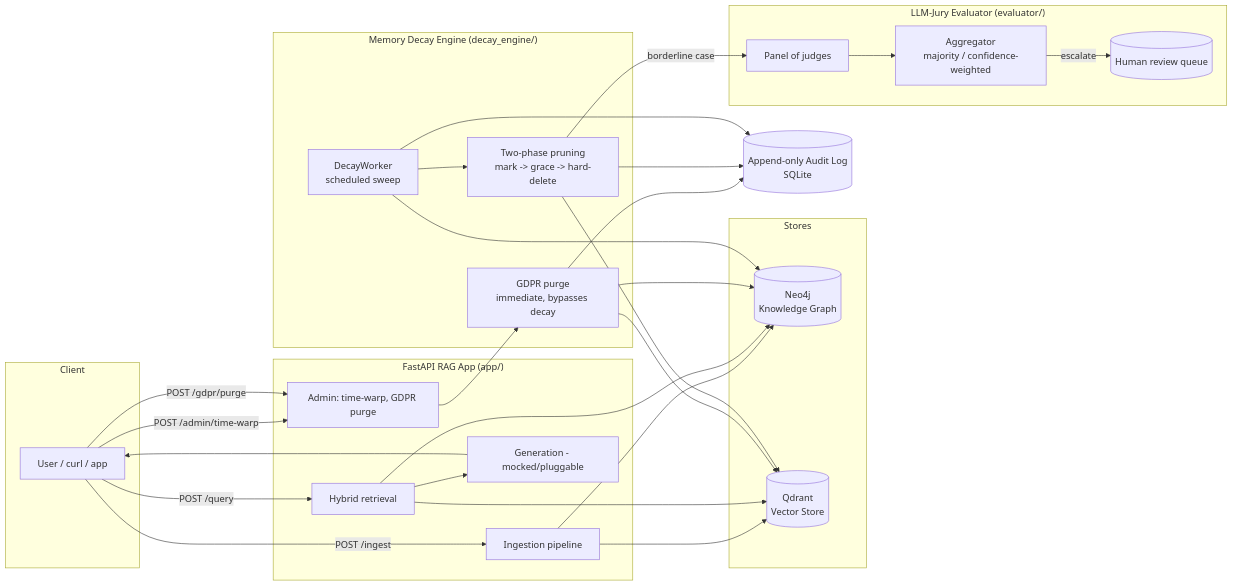
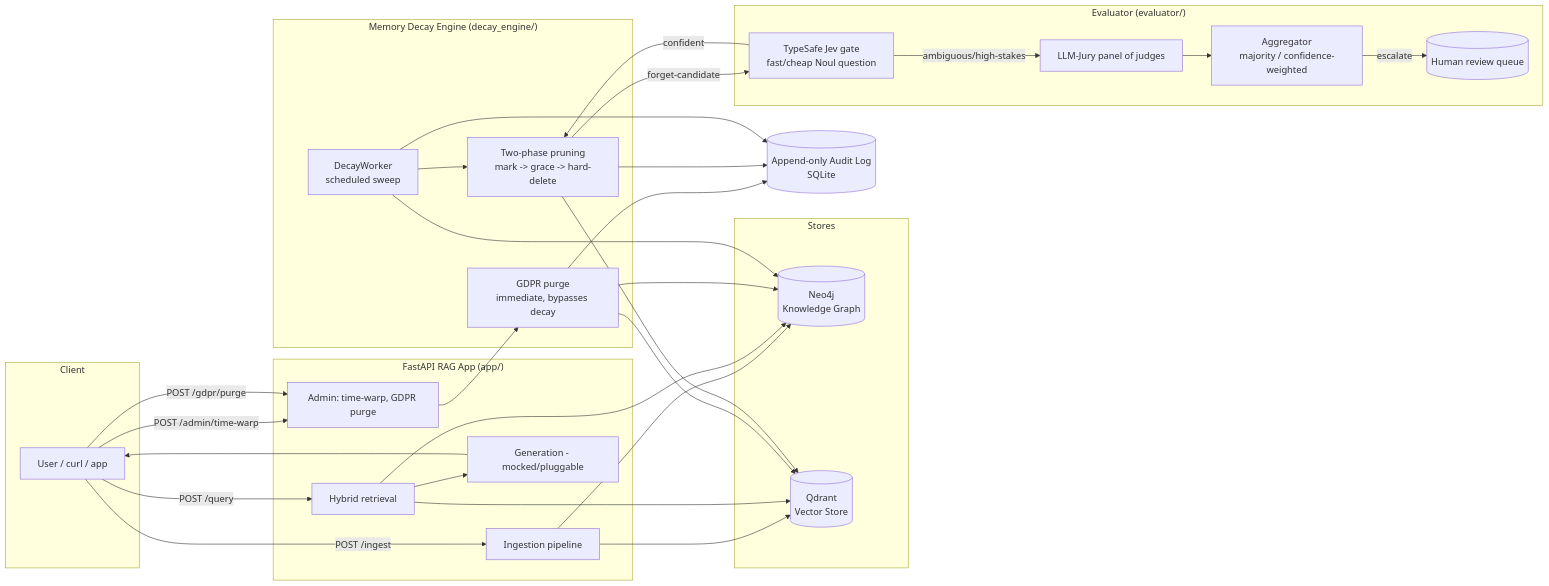
Before and after one commit to sehgalnamit/graphrag-selective-forgetting: the first of 6 diagrams in README.md, drawn with Mermaid. The commit also changed other lines of this file and 3 other files, not shown here.

First line of the commit message:
docs: document the TypeSafe Jev confidence-gated routing cascade

````diff
--- a/README.md
+++ b/README.md
@@ -45,58 +47,61 @@
 ```mermaid
 flowchart LR
     subgraph Client
         U[User / curl / app]
     end
 
     subgraph API["FastAPI RAG App (app/)"]
         ING[Ingestion pipeline]
         RET[Hybrid retrieval]
         GEN[Generation - mocked/pluggable]
         ADMIN[Admin: time-warp, GDPR purge]
     end
 
     subgraph Stores
         NEO[(Neo4j<br/>Knowledge Graph)]
         QD[(Qdrant<br/>Vector Store)]
     end
 
     subgraph Decay["Memory Decay Engine (decay_engine/)"]
         WORKER[DecayWorker<br/>scheduled sweep]
         PRUNE[Two-phase pruning<br/>mark -> grace -> hard-delete]
         PURGE[GDPR purge<br/>immediate, bypasses decay]
     end
 
-    subgraph Jury["LLM-Jury Evaluator (evaluator/)"]
-        PANEL[Panel of judges]
+    subgraph Eval["Evaluator (evaluator/)"]
+        JEV["TypeSafe Jev gate<br/>fast/cheap Noul question"]
+        PANEL[LLM-Jury panel of judges]
         AGG[Aggregator<br/>majority / confidence-weighted]
         HR[(Human review queue)]
     end
 
     AUDIT[(Append-only Audit Log<br/>SQLite)]
 
     U -->|POST /ingest| ING
     U -->|POST /query| RET
     U -->|POST /admin/time-warp| ADMIN
     U -->|POST /gdpr/purge| ADMIN
 
     ING --> NEO
     ING --> QD
     RET --> NEO
     RET --> QD
     RET --> GEN
     GEN --> U
 
     ADMIN --> PURGE
     PURGE --> NEO
     PURGE --> QD
     PURGE --> AUDIT
 
     WORKER --> NEO
     WORKER --> PRUNE
     PRUNE --> QD
-    PRUNE -->|borderline case| PANEL
+    PRUNE -->|forget-candidate| JEV
+    JEV -->|confident| PRUNE
+    JEV -->|ambiguous/high-stakes| PANEL
     PANEL --> AGG
     AGG -->|escalate| HR
     PRUNE --> AUDIT
     WORKER --> AUDIT
 ```
````
